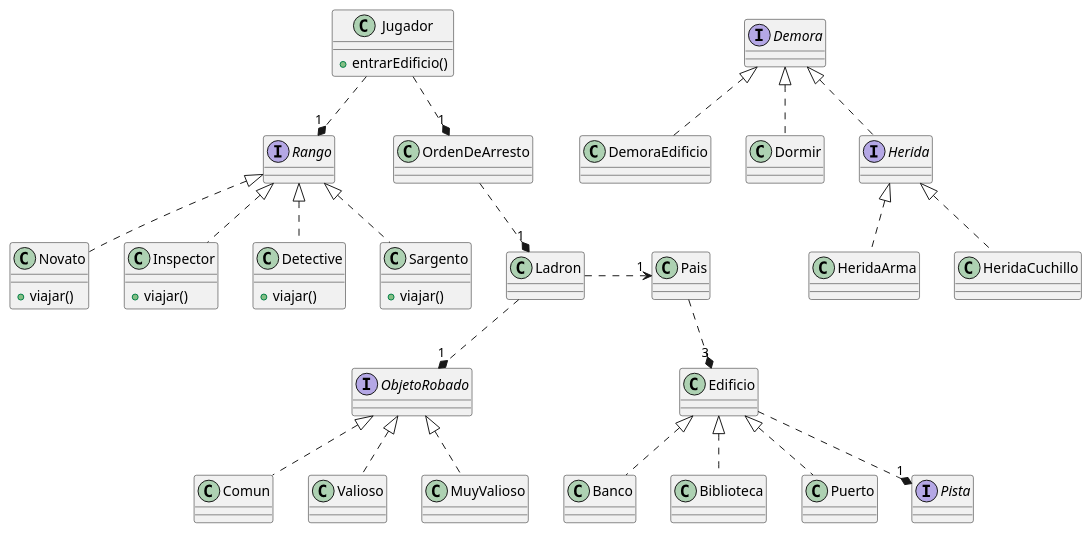
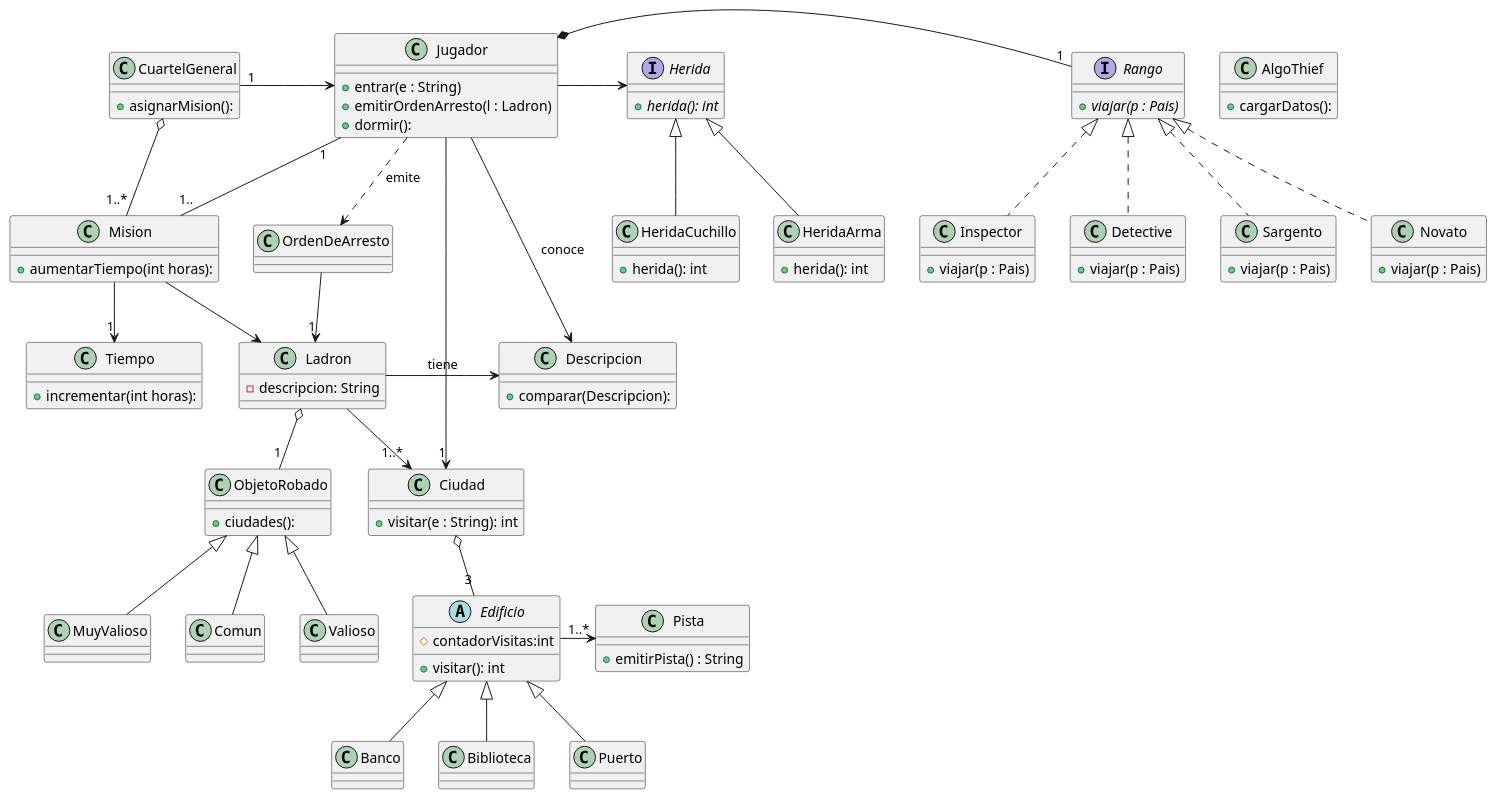
One commit to martinanus/algo3_tp2 changed the diagram in diagrams/classes/clases.puml. Above: the diagram before and after it, drawn with PlantUML.

Commit message:
Actualización Diagrama de Clases

```diff
--- a/diagrams/classes/clases.puml
+++ b/diagrams/classes/clases.puml
@@ -1,117 +1,141 @@
 @startuml
-
 Rango <|.. Novato
 Rango <|.. Inspector
 Rango <|.. Detective
 Rango <|.. Sargento
-Jugador ..*"1" Rango
-OrdenDeArresto  ..*"1" Ladron
-ObjetoRobado <|.. Comun
-ObjetoRobado <|.. Valioso
-ObjetoRobado <|.. MuyValioso
-Edificio <|.. Banco
-Edificio <|.. Biblioteca
-Edificio <|.. Puerto
-Edificio ..*"1" Pista
-Pais ..*"3" Edificio
-Ladron ..*"1" ObjetoRobado
-Jugador ..*"1" OrdenDeArresto
-Ladron .>"1" Pais
+Jugador *-right-"1" Rango
+OrdenDeArresto  --> "1" Ladron
+ObjetoRobado <|-- Comun
+ObjetoRobado <|-- Valioso
+ObjetoRobado <|-- MuyValioso
+Pista "1..*" <-left-  Edificio
+Edificio <|-- Banco
+Edificio <|-- Biblioteca
+Edificio <|-- Puerto
+Ciudad o-- "3" Edificio
+Ladron o--"1" ObjetoRobado
+Jugador ..>  OrdenDeArresto: emite 
+Ladron -->"1..*" Ciudad
+Jugador -->"1" Ciudad
+ Herida <|-- HeridaArma
+ Herida <|-- HeridaCuchillo
+ Jugador"1" -- "1.." Mision
+ Mision  --> "1" Tiempo
+ Jugador -right> Herida
+ Mision -down> Ladron
+ Jugador -> Descripcion: conoce
+ Ladron -> Descripcion: tiene
+ CuartelGeneral "1"-> Jugador
+ CuartelGeneral o-"1..*" Mision
 
 class OrdenDeArresto {
 
 }
 
-class Edificio{
+abstract class Edificio{
+#contadorVisitas:int
++ visitar(): int
 
 }
 
-class Pais {
+class Ciudad {
+    + visitar(e : String): int
 }
 
 class Ladron {
+    - descripcion: String
+
 }
 
 class Jugador {
-    + entrarEdificio()
+    + entrar(e : String)
+    + emitirOrdenArresto(l : Ladron)
+    + dormir():
 }
 
 interface Rango{
+	+ {abstract}  viajar(p : Pais)
 }
 
 class Novato{
-    + viajar()
+    + viajar(p : Pais)
 }
 
 class Inspector{
-    + viajar()
+    + viajar(p : Pais)
 }
 
 class Detective{
-    + viajar()
+    + viajar(p : Pais)
 }
 
 class Sargento{
-    + viajar()
+    + viajar(p : Pais)
 }
 
 
-interface ObjetoRobado{
+class ObjetoRobado{
+    + ciudades():
 }
 
 class Comun{
 
 }
 class Valioso{
 
 }
 
 class MuyValioso{
 
 }
 
-interface Pista{
+class Pista{
+	+ emitirPista() : String
 }
+
+ 
 
 class Banco{
 
 }
 class Biblioteca{
 
 }
 
 class Puerto{
 
 }
 
-Demora <|.. DemoraEdificio
-Demora  <|.. Dormir
-Demora  <|.. Herida
-Herida <|.. HeridaArma
-Herida <|.. HeridaCuchillo
 
-interface Demora {
+interface Herida{
+    + {abstract} herida(): int
+ } 
+class HeridaCuchillo{
+    + herida(): int
+ }
 
+ class HeridaArma{
+     + herida(): int
+  } 
+
+
+class Mision{
+    + aumentarTiempo(int horas):
+}
+class Tiempo{
+    + incrementar(int horas):
 }
 
-class DemoraEdificio{
-
+class CuartelGeneral {
+    +asignarMision():
 }
 
-interface Herida{
-
+class Descripcion {
+    + comparar(Descripcion):
 }
 
-class HeridaCuchillo{
-
-}
-
-class HeridaArma{
-
-}
-
-class Dormir{
-
+class AlgoThief {
+    + cargarDatos():
 }
 
 @enduml
```
